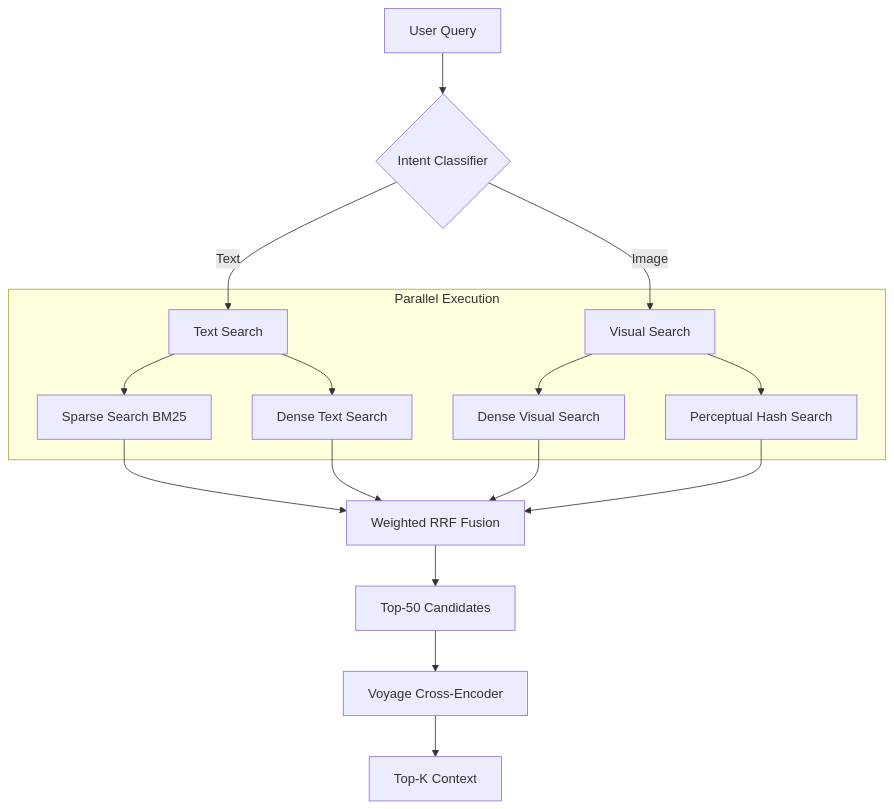
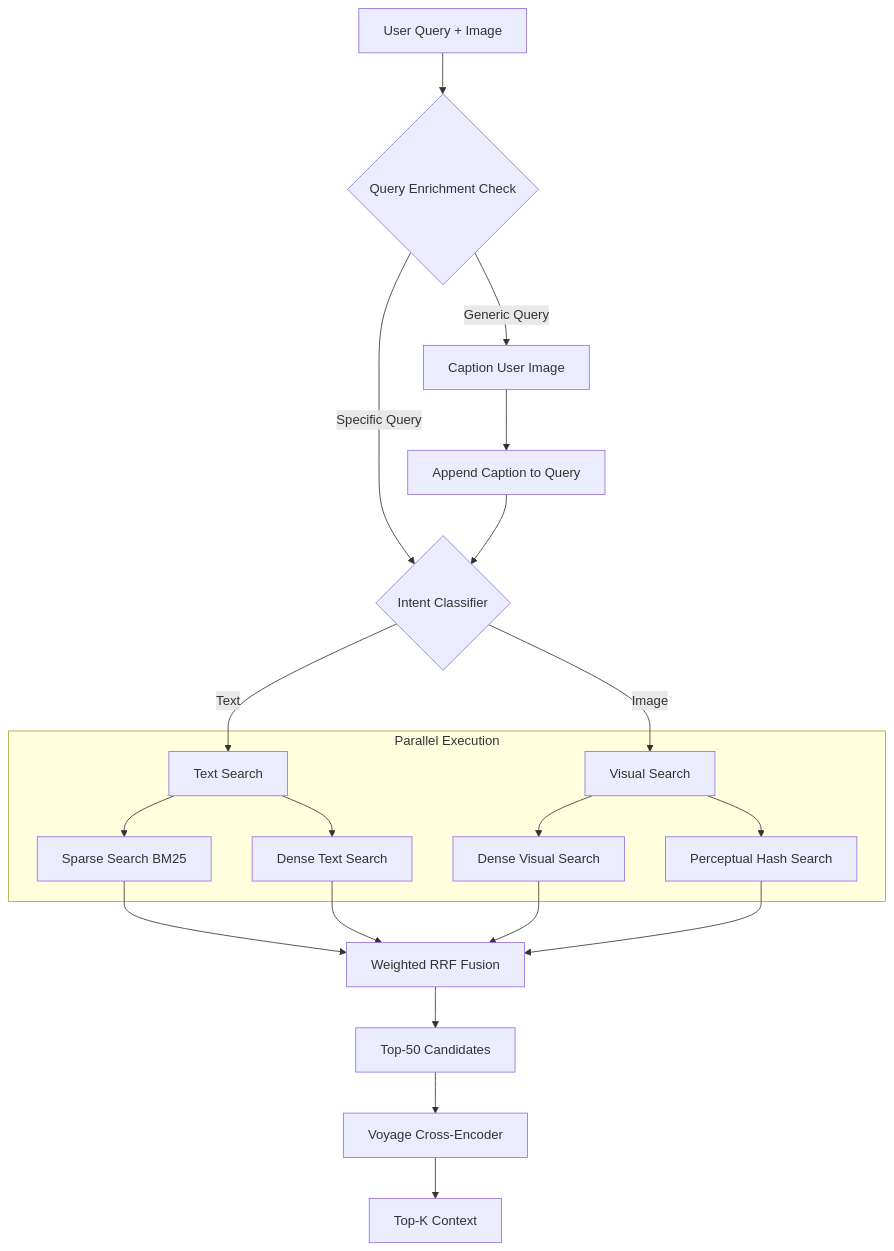
Before and after one commit to leprekonsg/multimodal-chatbot: the third of 3 diagrams in system_design.md, drawn with Mermaid. The commit also changed other lines of this file and 152 other files, not shown here.

````diff
--- a/system_design.md
+++ b/system_design.md
@@ -132,24 +157,29 @@
 ```mermaid
 graph TD
-    Query[User Query] --> Classifier{Intent Classifier}
-    
+    Query[User Query + Image] --> Enrichment{Query Enrichment Check}
+
+    Enrichment -->|Generic Query| Caption[Caption User Image]
+    Enrichment -->|Specific Query| Classifier{Intent Classifier}
+    Caption --> Enrich[Append Caption to Query]
+    Enrich --> Classifier
+
     Classifier -->|Text| TextPath[Text Search]
     Classifier -->|Image| VisualPath[Visual Search]
-    
+
     subgraph "Parallel Execution"
         TextPath --> Sparse[Sparse Search BM25]
         TextPath --> DenseText[Dense Text Search]
-        
+
         VisualPath --> DenseVis[Dense Visual Search]
         VisualPath --> Hash[Perceptual Hash Search]
     end
-    
+
     Sparse --> Fusion[Weighted RRF Fusion]
     DenseText --> Fusion
     DenseVis --> Fusion
     Hash --> Fusion
-    
+
     Fusion --> Candidates[Top-50 Candidates]
     Candidates --> Reranker[Voyage Cross-Encoder]
     Reranker --> Final[Top-K Context]
 ```
````
